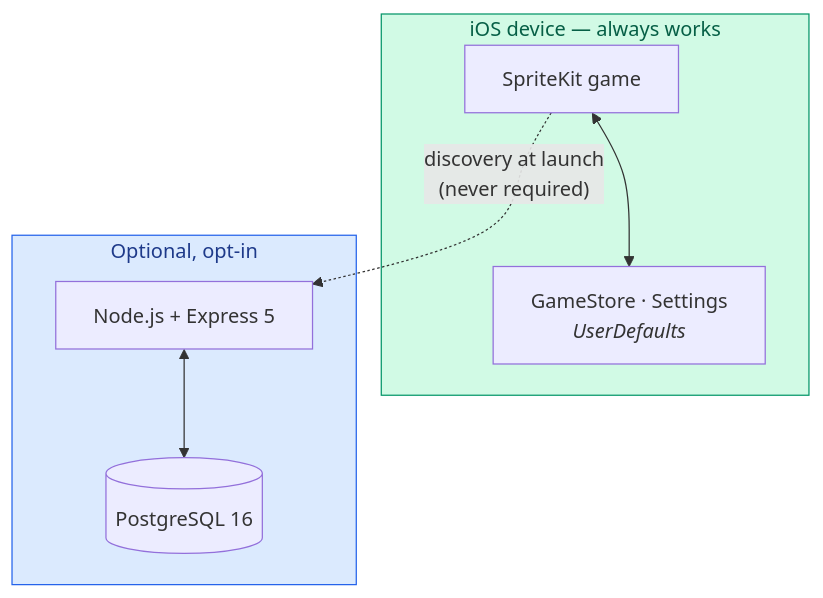
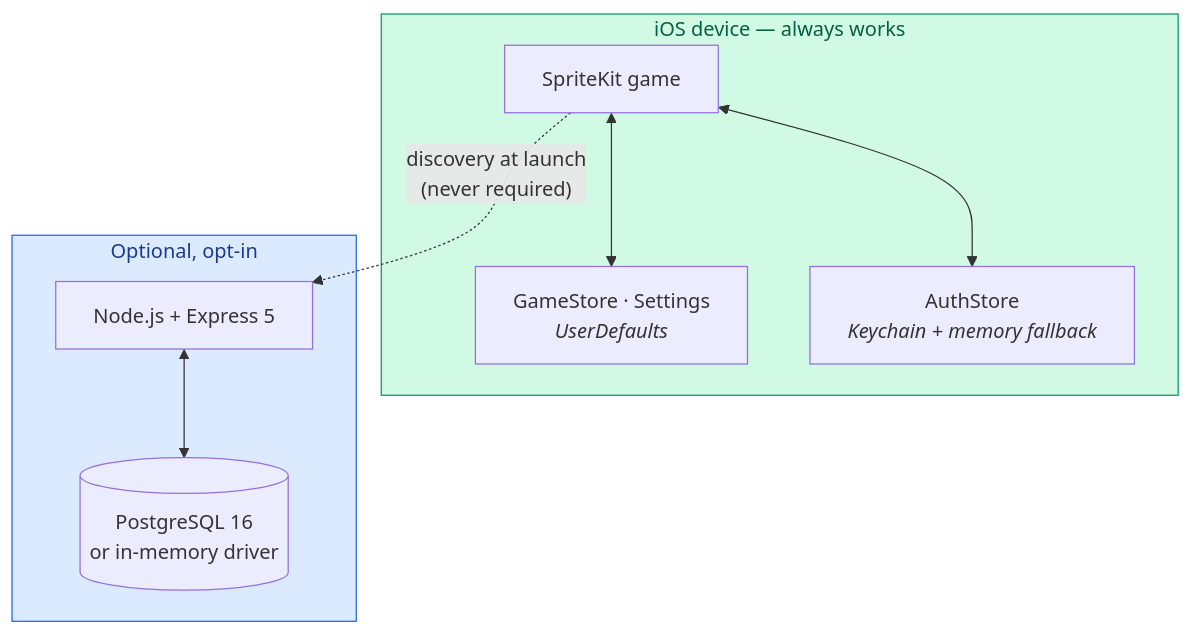
Before and after one commit to hoangsonww/Flappy-Bird-Game: the first of 19 diagrams in ARCHITECTURE.md, drawn with Mermaid. The commit also changed other lines of this file, not shown here.

First line of the commit message:
docs: expand ARCHITECTURE.md into a full system map

````diff
--- a/ARCHITECTURE.md
+++ b/ARCHITECTURE.md
@@ -26,19 +62,21 @@
 ```mermaid
 flowchart TB
     subgraph Device["iOS device — always works"]
         Game["SpriteKit game"]
         Store["GameStore · Settings<br/><i>UserDefaults</i>"]
+        Keychain["AuthStore<br/><i>Keychain + memory fallback</i>"]
         Game <--> Store
+        Game <--> Keychain
     end
 
     subgraph Optional["Optional, opt-in"]
         API["Node.js + Express 5"]
-        DB[("PostgreSQL 16")]
+        DB[("PostgreSQL 16<br/>or in-memory driver")]
         API <--> DB
     end
 
     Game -. "discovery at launch<br/>(never required)" .-> API
 
     style Device fill:#d1fae5,stroke:#059669,color:#065f46
     style Optional fill:#dbeafe,stroke:#2563eb,color:#1e3a8a
 ```
````
